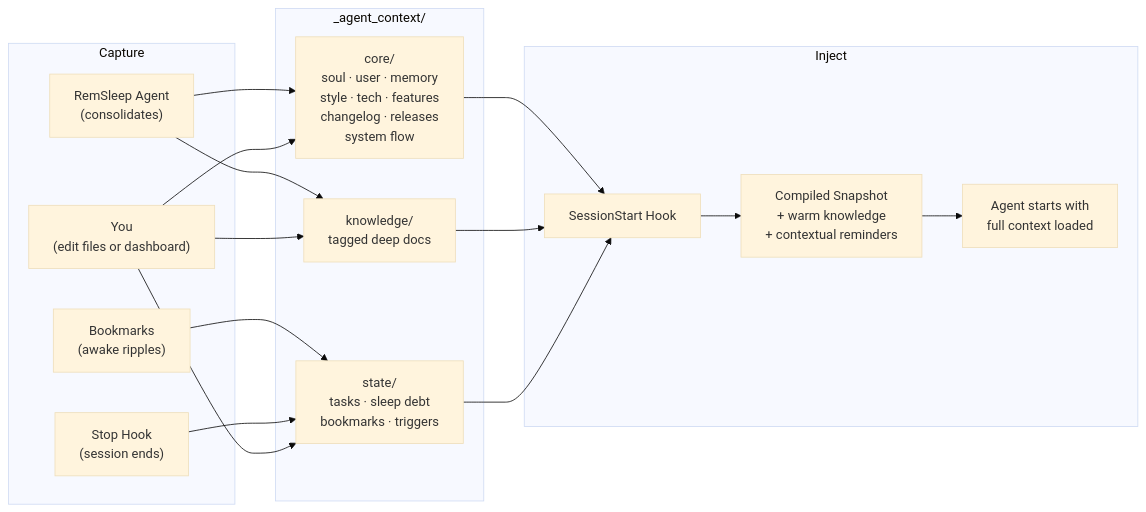
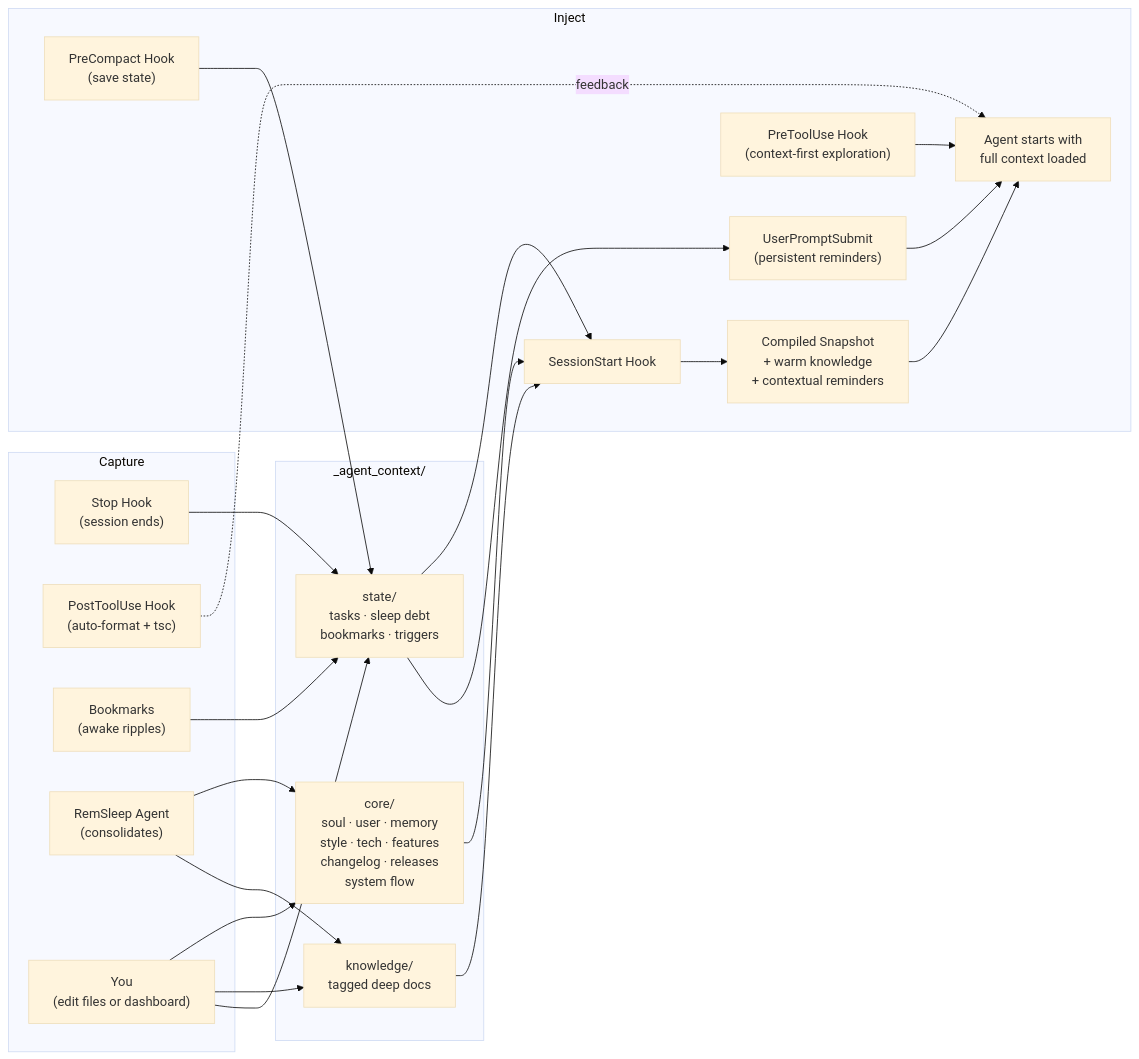
The diagram in README.md (Sepi0l-brd/dreamcontext), drawn with Mermaid (base theme) before and after one commit. The commit also changed other lines of this file and 14 other files, not shown here.

First line of the commit message:
[feat] Introduce new hooks for enhanced agent context management

````diff
--- a/README.md
+++ b/README.md
@@ -52,35 +52,44 @@
 ```mermaid
 flowchart LR
     subgraph capture ["Capture"]
         STOP["Stop Hook\n(session ends)"]
+        POSTTOOL["PostToolUse Hook\n(auto-format + tsc)"]
         BOOKMARK["Bookmarks\n(awake ripples)"]
         SLEEP["RemSleep Agent\n(consolidates)"]
         HUMAN["You\n(edit files or dashboard)"]
     end
 
     subgraph store ["_agent_context/"]
         CORE["core/\nsoul · user · memory\nstyle · tech · features\nchangelog · releases\nsystem flow"]
         KNOWLEDGE["knowledge/\ntagged deep docs"]
         STATE["state/\ntasks · sleep debt\nbookmarks · triggers"]
     end
 
     subgraph inject ["Inject"]
         SESSION["SessionStart Hook"]
+        PROMPT["UserPromptSubmit\n(persistent reminders)"]
+        PRETOOL["PreToolUse Hook\n(context-first exploration)"]
+        PRECOMPACT["PreCompact Hook\n(save state)"]
         SNAPSHOT["Compiled Snapshot\n+ warm knowledge\n+ contextual reminders"]
         AGENT["Agent starts with\nfull context loaded"]
     end
 
     BOOKMARK --> STATE
     STOP --> STATE
+    POSTTOOL -.->|"feedback"| AGENT
     SLEEP --> CORE
     SLEEP --> KNOWLEDGE
     HUMAN --> CORE
     HUMAN --> KNOWLEDGE
     HUMAN --> STATE
 
     CORE --> SESSION
     KNOWLEDGE --> SESSION
     STATE --> SESSION
+    STATE --> PROMPT
     SESSION --> SNAPSHOT
+    PROMPT --> AGENT
+    PRETOOL --> AGENT
+    PRECOMPACT --> STATE
     SNAPSHOT --> AGENT
 ```
````
